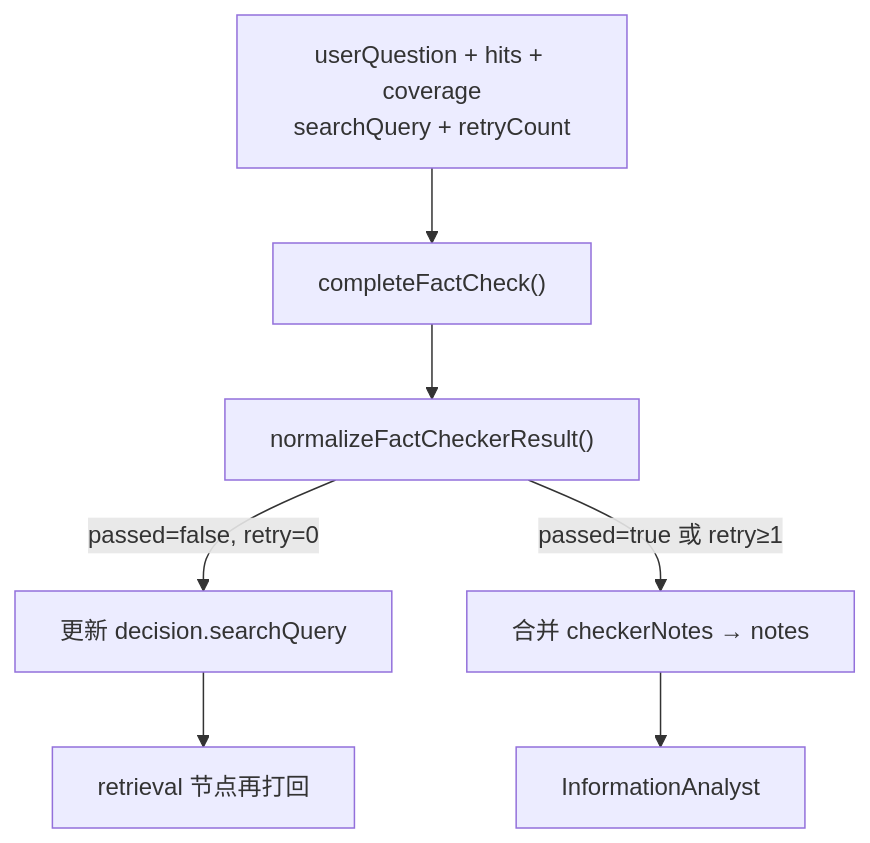
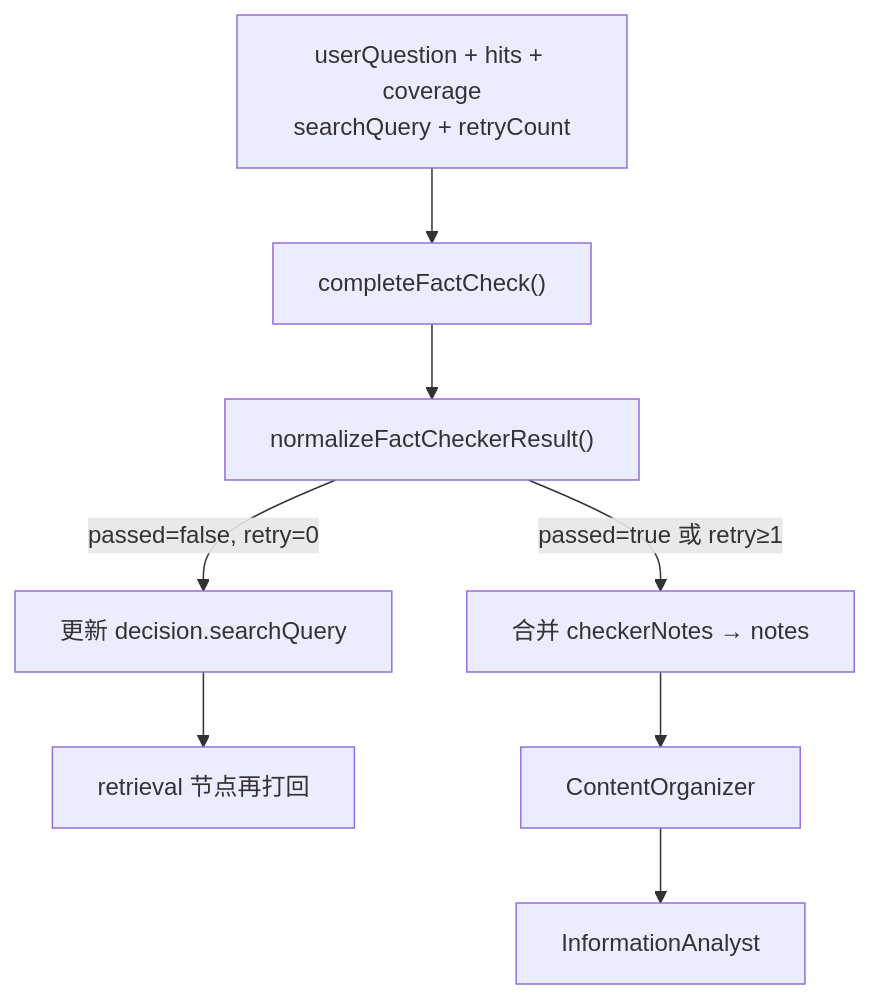
Before and after one commit to panzhanfei/fambrain-agents: the sixth of 8 diagrams in docs/02-agent-flows.md, drawn with Mermaid. The commit also changed other lines of this file and 4 other files, not shown here.

````diff
--- a/docs/02-agent-flows.md
+++ b/docs/02-agent-flows.md
@@ -165,9 +168,10 @@
 ```mermaid
 flowchart TD
   IN["userQuestion + hits + coverage<br/>searchQuery + retryCount"] --> LLM["completeFactCheck()"]
   LLM --> NORM["normalizeFactCheckerResult()"]
   NORM -->|passed=false, retry=0| REWRITE["更新 decision.searchQuery"]
   NORM -->|passed=true 或 retry≥1| NOTES["合并 checkerNotes → notes"]
   REWRITE --> RET["retrieval 节点再打回"]
-  NOTES --> IA["InformationAnalyst"]
+  NOTES --> CO["ContentOrganizer"]
+  CO --> IA["InformationAnalyst"]
 ```
````
